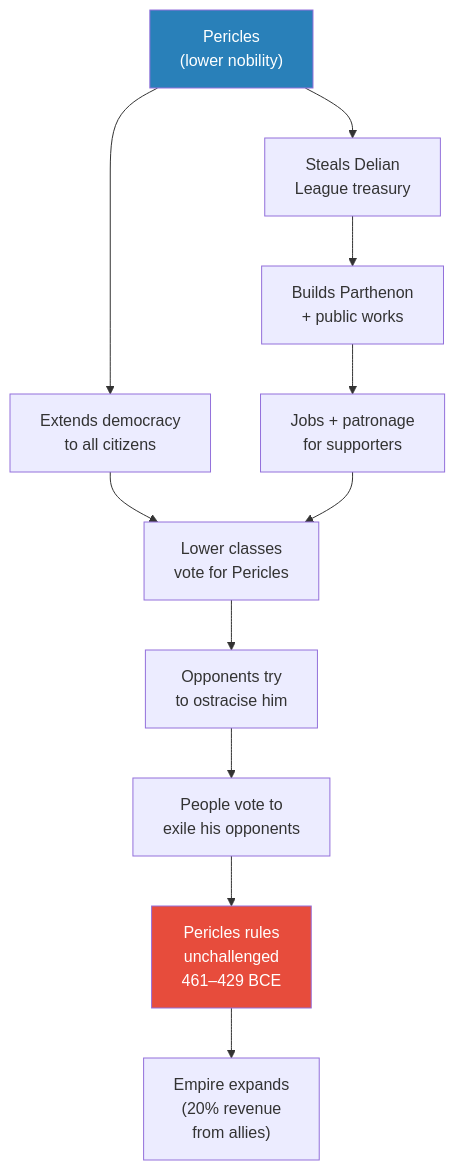
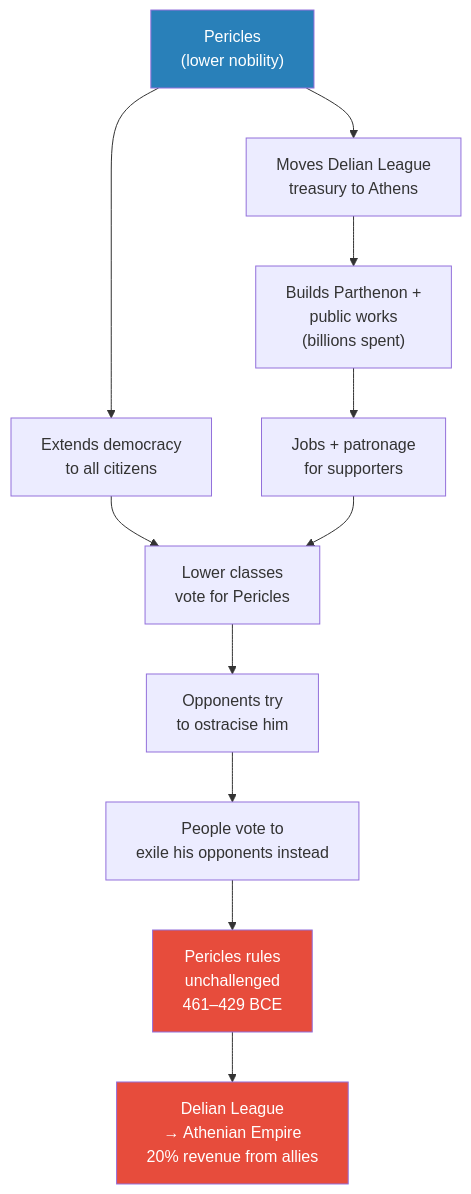
One commit to alius33/reader changed the fourth of 6 diagrams in summaries/Lectures/Civilization/08 - Rat Utopia and the Peloponnesian War.md. Above: the diagram before and after it, drawn with Mermaid. The commit also changed other lines of this file and 26 other files, not shown here.

````diff
--- a/summaries/Lectures/Civilization/08 - Rat Utopia and the Peloponnesian War.md
+++ b/summaries/Lectures/Civilization/08 - Rat Utopia and the Peloponnesian War.md
@@ -192,15 +243,16 @@
 ```mermaid
 flowchart TB
-    P["Pericles<br/>(lower nobility)"] --> D["Extends democracy<br/>to all citizens"]
-    D --> A["Lower classes<br/>vote for Pericles"]
-    P --> S["Steals Delian<br/>League treasury"]
-    S --> B["Builds Parthenon<br/>+ public works"]
-    B --> J["Jobs + patronage<br/>for supporters"]
-    J --> A
-    A --> O["Opponents try<br/>to ostracise him"]
-    O --> V["People vote to<br/>exile his opponents"]
-    V --> K["Pericles rules<br/>unchallenged<br/>461–429 BCE"]
-    K --> E["Empire expands<br/>(20% revenue<br/>from allies)"]
-    style P fill:#2980b9,color:#fff
-    style K fill:#e74c3c,color:#fff
+    PL["Pericles<br/>(lower nobility)"] --> DM["Extends democracy<br/>to all citizens"]
+    DM --> VM["Lower classes<br/>vote for Pericles"]
+    PL --> ST["Moves Delian League<br/>treasury to Athens"]
+    ST --> PT["Builds Parthenon +<br/>public works<br/>(billions spent)"]
+    PT --> JB["Jobs + patronage<br/>for supporters"]
+    JB --> VM
+    VM --> OX["Opponents try<br/>to ostracise him"]
+    OX --> PE["People vote to<br/>exile his opponents instead"]
+    PE --> RU["Pericles rules<br/>unchallenged<br/>461–429 BCE"]
+    RU --> EM["Delian League<br/>→ Athenian Empire<br/>20% revenue from allies"]
+    style PL fill:#2980b9,color:#fff
+    style RU fill:#e74c3c,color:#fff
+    style EM fill:#e74c3c,color:#fff
 ```
````
